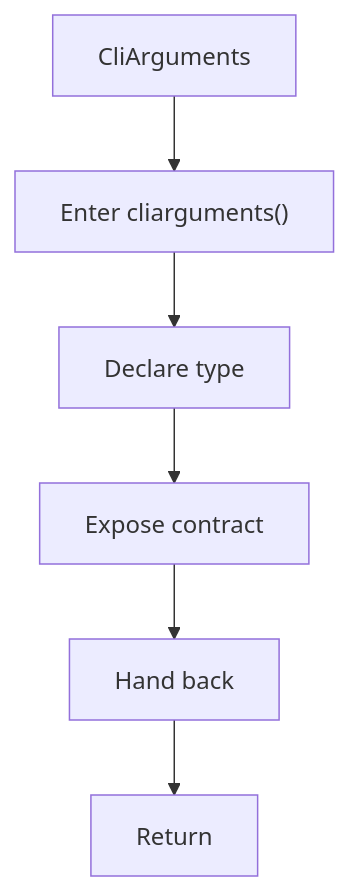
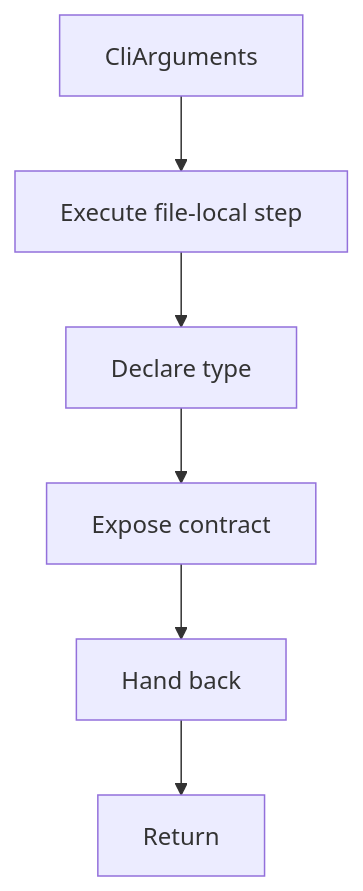
One commit to JohnAndrewBalbarosa/NeoTerritory changed the third of 4 diagrams in docs/Codebase/Microservice/Modules/Header/SyntacticBrokenAST/Analysis/Input/cli_arguments.hpp.md. Above: the diagram before and after it, drawn with Mermaid. The commit also changed other lines of this file and 915 other files, not shown here.

````diff
--- a/docs/Codebase/Microservice/Modules/Header/SyntacticBrokenAST/Analysis/Input/cli_arguments.hpp.md
+++ b/docs/Codebase/Microservice/Modules/Header/SyntacticBrokenAST/Analysis/Input/cli_arguments.hpp.md
@@ -89,14 +88,14 @@
 ```mermaid
 flowchart TD
     Start["CliArguments"]
-    N0["Enter cliarguments()"]
+    N0["Execute file-local step"]
     N1["Declare type"]
     N2["Expose contract"]
     N3["Hand back"]
     End["Return"]
     Start --> N0
     N0 --> N1
     N1 --> N2
     N2 --> N3
     N3 --> End
 ```
````
